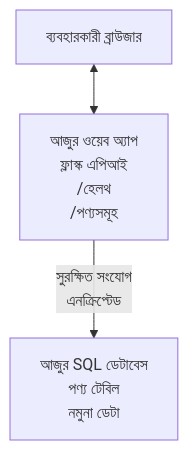
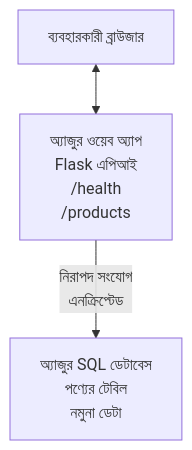
Before and after one commit to microsoft/AZD-for-beginners: the diagram in translations/bn/examples/database-app/README.md, drawn with Mermaid. The commit also changed other lines of this file and 104 other files, not shown here.

````diff
--- a/translations/bn/examples/database-app/README.md
+++ b/translations/bn/examples/database-app/README.md
@@ -72,5 +72,5 @@
 ```mermaid
 graph TD
-    Browser[ব্যবহারকারী ব্রাউজার] <--> WebApp[আজুর ওয়েব অ্যাপ<br/>ফ্লাস্ক এপিআই<br/>/হেলথ<br/>/পণ্যসমূহ]
-    WebApp -- সুরক্ষিত সংযোগ<br/>এনক্রিপ্টেড --> SQL[আজুর SQL ডেটাবেস<br/>পণ্য টেবিল<br/>নমুনা ডেটা]
+    Browser[ব্যবহারকারী ব্রাউজার] <--> WebApp[অ্যাজুর ওয়েব অ্যাপ<br/>Flask এপিআই<br/>/health<br/>/products]
+    WebApp -- নিরাপদ সংযোগ<br/>এনক্রিপ্টেড --> SQL[অ্যাজুর SQL ডেটাবেস<br/>পণ্যের টেবিল<br/>নমুনা ডেটা]
 ```
````
